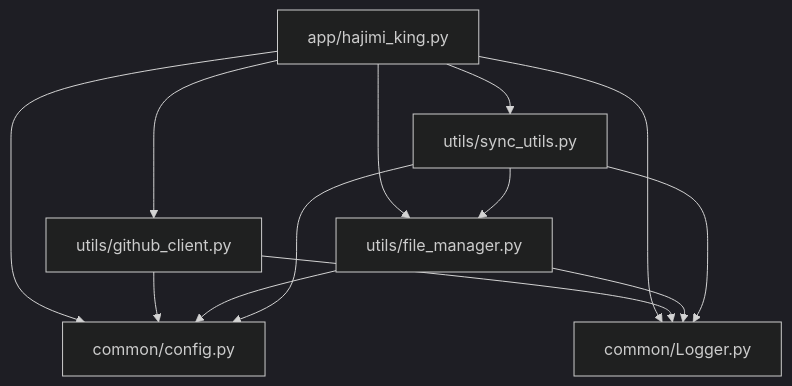
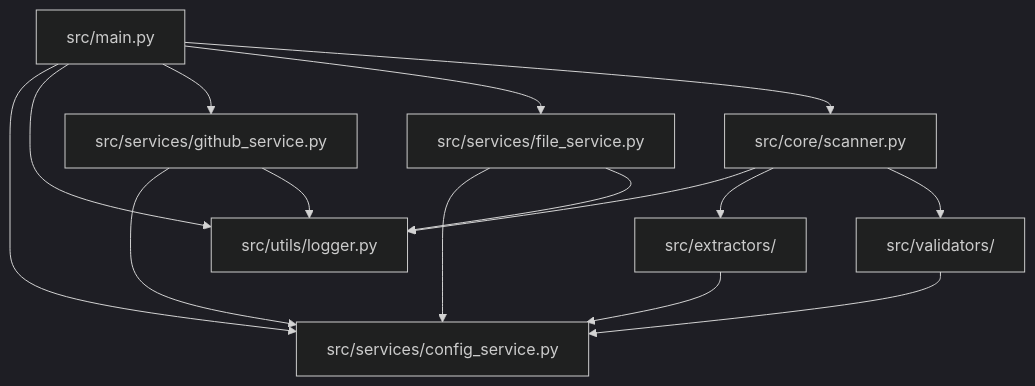
One commit to james-6-23/APIKEY-king changed the fourth of 4 diagrams in .qoder/repowiki/zh/content/部署方案/Docker容器化部署.md. Above: the diagram before and after it, drawn with Mermaid (dark theme). The commit also changed other lines of this file and 49 other files, not shown here.

````diff
--- a/.qoder/repowiki/zh/content/部署方案/Docker容器化部署.md
+++ b/.qoder/repowiki/zh/content/部署方案/Docker容器化部署.md
@@ -172,15 +194,17 @@
 ```mermaid
 graph TD
-A[app/hajimi_king.py] --> B[common/config.py]
-A --> C[common/Logger.py]
-A --> D[utils/github_client.py]
-A --> E[utils/file_manager.py]
-A --> F[utils/sync_utils.py]
+A[src/main.py] --> B[src/services/config_service.py]
+A --> C[src/utils/logger.py]
+A --> D[src/services/github_service.py]
+A --> E[src/services/file_service.py]
+A --> F[src/core/scanner.py]
 D --> B
 D --> C
 E --> B
 E --> C
-F --> B
 F --> C
-F --> E
+F --> G[src/extractors/]
+F --> H[src/validators/]
+G --> B
+H --> B
 ```
````
